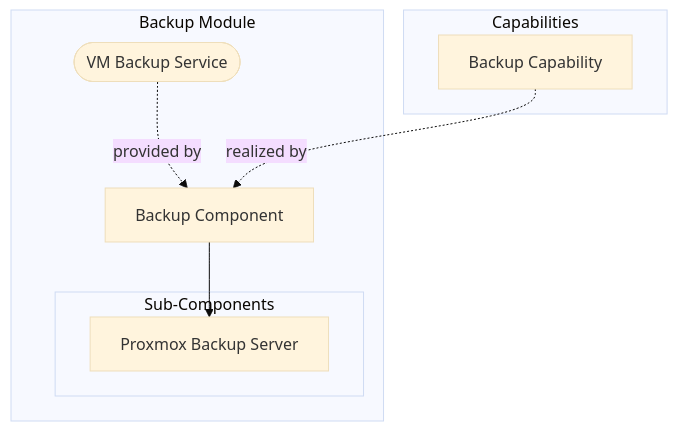
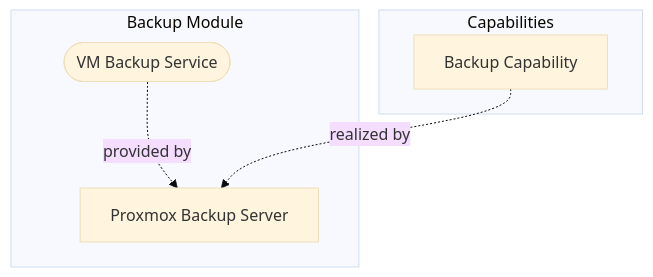
One commit to TAPPaaS/Documentation changed the fourth of 5 diagrams in docs/architecture/module-designs/foundation.md. Above: the diagram before and after it, drawn with Mermaid (base theme). The commit also changed other lines of this file, not shown here.

Commit message:
Update Foundation diagrams with specific component names

````diff
--- a/docs/architecture/module-designs/foundation.md
+++ b/docs/architecture/module-designs/foundation.md
@@ -133,18 +141,14 @@
 ```mermaid
 flowchart TB
     subgraph Capabilities
         BackupCap[Backup Capability]
     end
 
     subgraph Backup Module
-        BackupComp[Backup Component]
-        subgraph Sub-Components
-            PBS[Proxmox Backup Server]
-        end
+        PBS[Proxmox Backup Server]
         BackupService([VM Backup Service])
-        BackupComp --> PBS
-        BackupService -.->|provided by| BackupComp
+        BackupService -.->|provided by| PBS
     end
 
-    BackupCap -.->|realized by| BackupComp
+    BackupCap -.->|realized by| PBS
 ```
````
